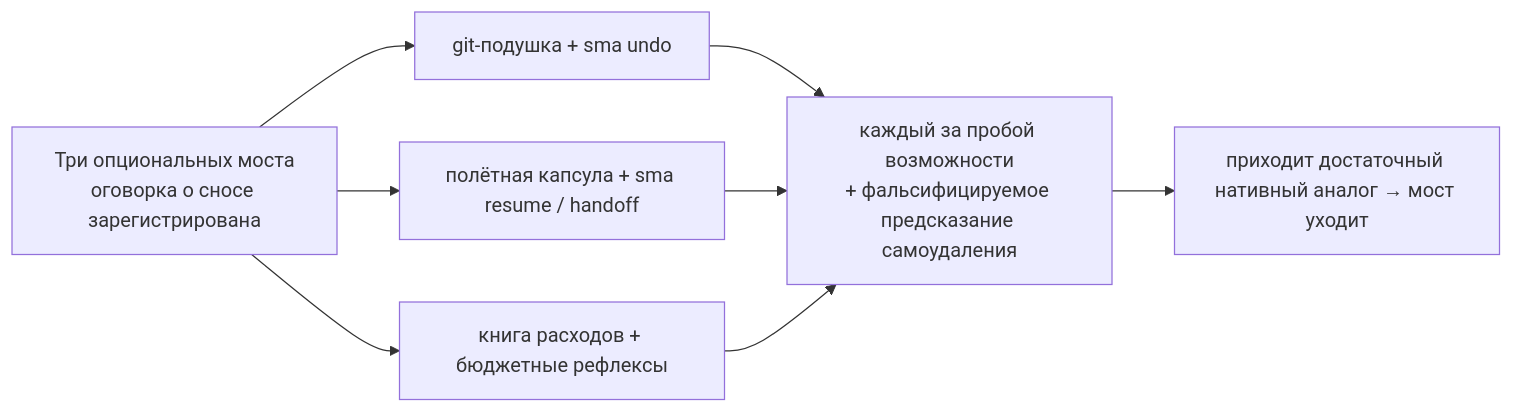
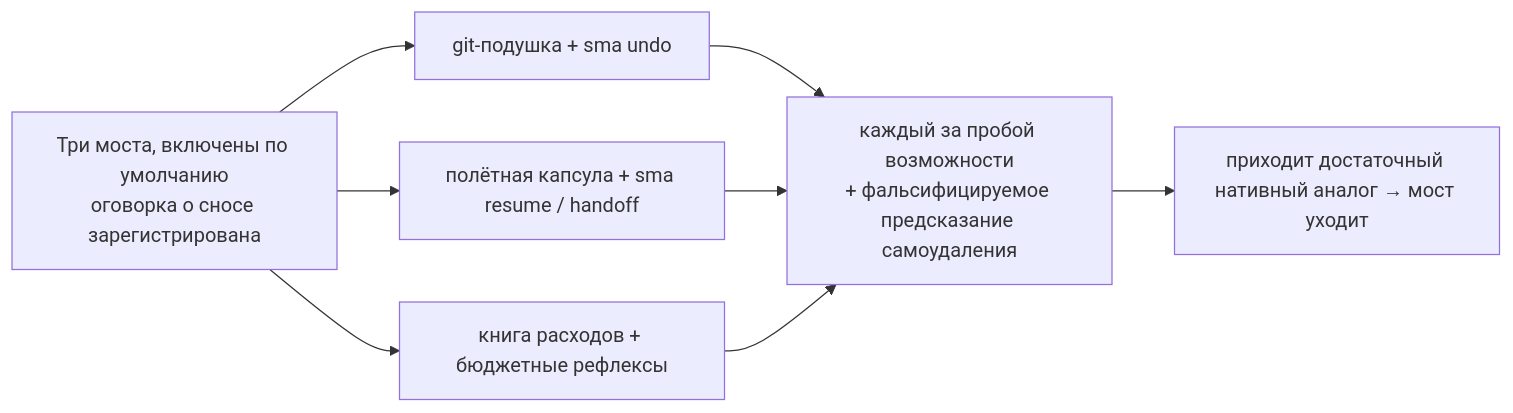
Diagram 20 of 24 in docs/DETAILS.ru.md (sma-framework/sma), drawn with Mermaid before and after one commit. The commit also changed other lines of this file and 1 other file, not shown here.

````diff
--- a/docs/DETAILS.ru.md
+++ b/docs/DETAILS.ru.md
@@ -1202,8 +1202,8 @@
 ```mermaid
 flowchart LR
-    B["Три опциональных моста<br>оговорка о сносе зарегистрирована"] --> A1["git-подушка + sma undo"]
+    B["Три моста, включены по умолчанию<br>оговорка о сносе зарегистрирована"] --> A1["git-подушка + sma undo"]
     B --> A2["полётная капсула + sma resume / handoff"]
     B --> A3["книга расходов + бюджетные рефлексы"]
     A1 & A2 & A3 --> DC["каждый за пробой возможности<br>+ фальсифицируемое предсказание самоудаления"]
     DC --> STAND["приходит достаточный нативный аналог → мост уходит"]
 ```
````
